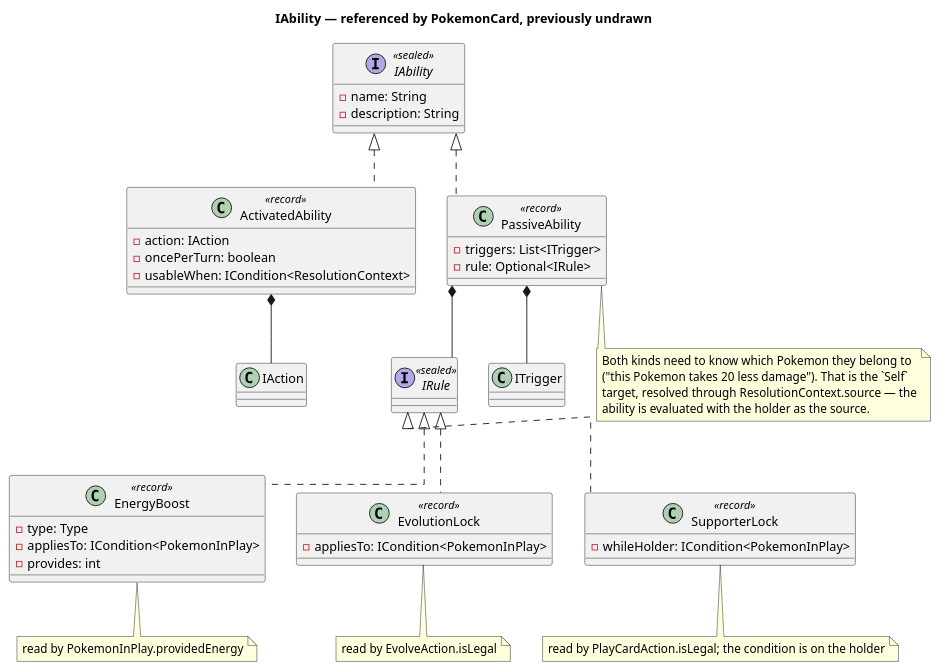
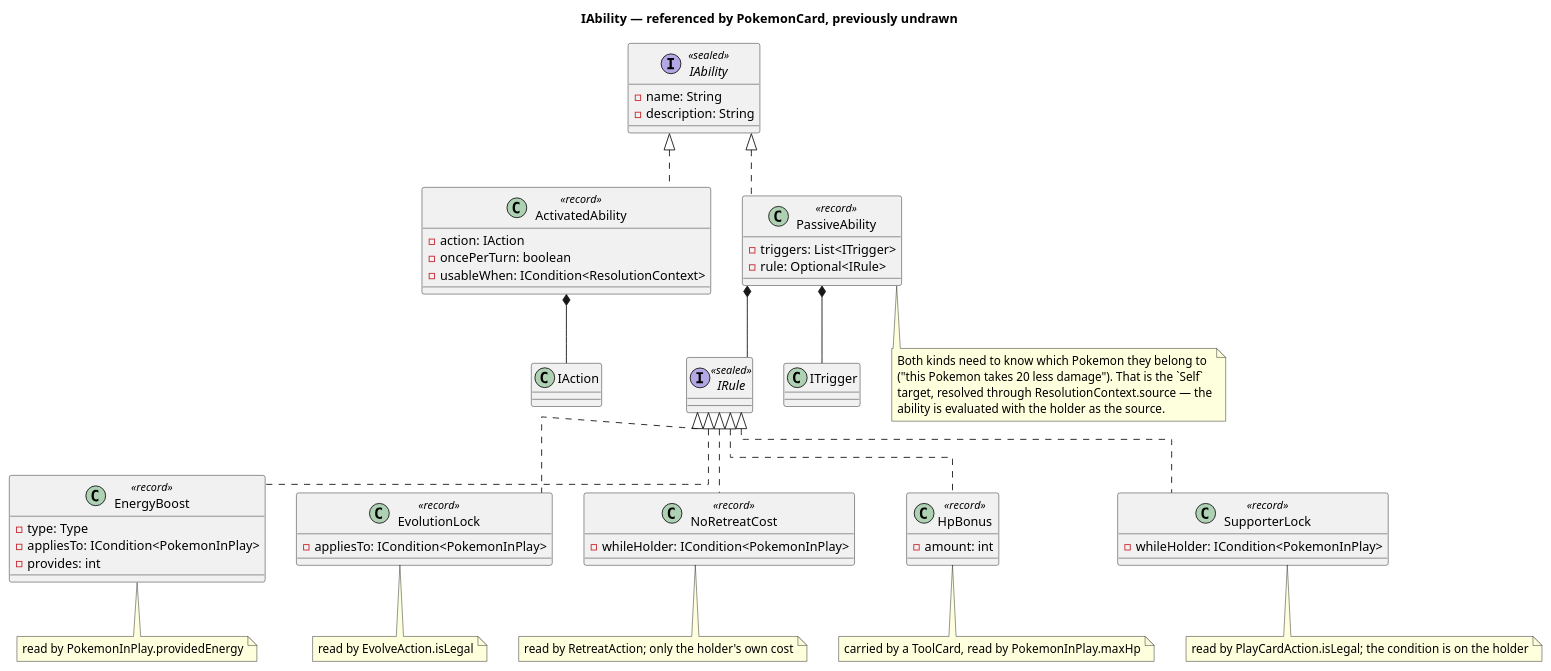
One commit to Richie-Moon/TCGPocketBattler changed the diagram in docs/UML/IAbility.puml. Above: the diagram before and after it, drawn with PlantUML. The commit also changed 57 other files, not shown here.

```diff
--- a/docs/UML/IAbility.puml
+++ b/docs/UML/IAbility.puml
@@ -1,67 +1,77 @@
 @startuml
 title IAbility — referenced by PokemonCard, previously undrawn
 
 skinparam linetype ortho
 
 interface IAbility <<sealed>> {
     - name: String
     - description: String
 }
 
 /'
   The player spends part of their turn to use it. Surfaced by
   TurnEngine.legalActions as a UseAbilityAction. See IAction.puml.
 '/
 class ActivatedAbility <<record>> implements IAbility {
     - action: IAction
     - oncePerTurn: boolean
     - usableWhen: ICondition<ResolutionContext>
 }
 
 /'
   Always on. Implemented entirely as triggers, exactly like ToolCard and
   StadiumCard, so nothing new is needed to dispatch them: TriggerDispatcher.collect
   walks abilities on the board along with everything else. See ITrigger.puml.
 '/
 class PassiveAbility <<record>> implements IAbility {
     - triggers: List<ITrigger>
     - rule: Optional<IRule>
 }
 
 /'
   Passives that are read, not fired: they must hold at every moment, through
   benching, evolving and switching mid-turn. Side.standingRules walks the board on
   each call and pairs each rule with its holder (Side.HeldRule); each rule is
   read by exactly one place in the engine.
 '/
 interface IRule <<sealed>>
 
 class EnergyBoost <<record>> implements IRule {
     - type: Type
     - appliesTo: ICondition<PokemonInPlay>
     - provides: int
 }
 note bottom of EnergyBoost : read by PokemonInPlay.providedEnergy
 
 class EvolutionLock <<record>> implements IRule {
     - appliesTo: ICondition<PokemonInPlay>
 }
 note bottom of EvolutionLock : read by EvolveAction.isLegal
 
+class NoRetreatCost <<record>> implements IRule {
+    - whileHolder: ICondition<PokemonInPlay>
+}
+note bottom of NoRetreatCost : read by RetreatAction; only the holder's own cost
+
+class HpBonus <<record>> implements IRule {
+    - amount: int
+}
+note bottom of HpBonus : carried by a ToolCard, read by PokemonInPlay.maxHp
+
 class SupporterLock <<record>> implements IRule {
     - whileHolder: ICondition<PokemonInPlay>
 }
 note bottom of SupporterLock : read by PlayCardAction.isLegal; the condition is on the holder
 
 ActivatedAbility *-- IAction
 PassiveAbility *-- ITrigger
 PassiveAbility *-- IRule
 
 note bottom of PassiveAbility
   Both kinds need to know which Pokemon they belong to
   ("this Pokemon takes 20 less damage"). That is the `Self`
   target, resolved through ResolutionContext.source — the
   ability is evaluated with the holder as the source.
 end note
 
 @enduml
```
